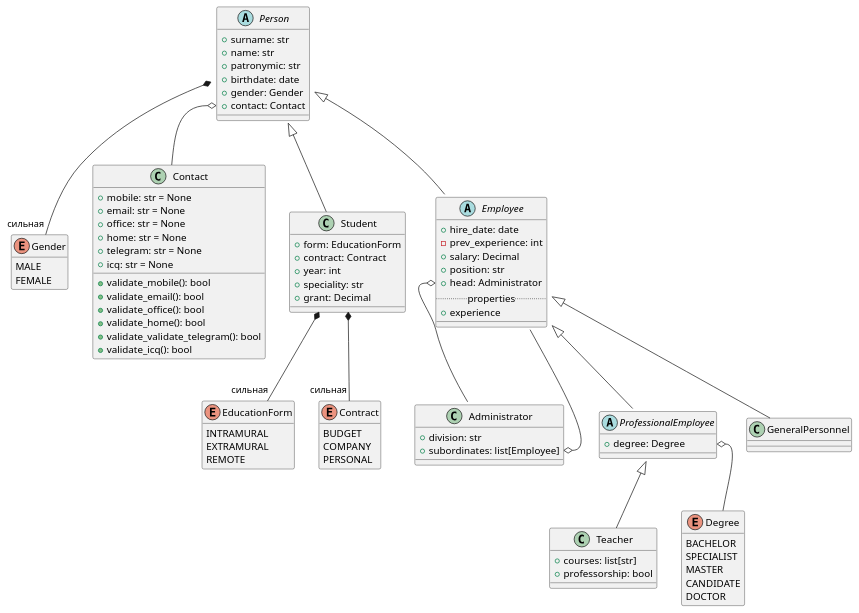
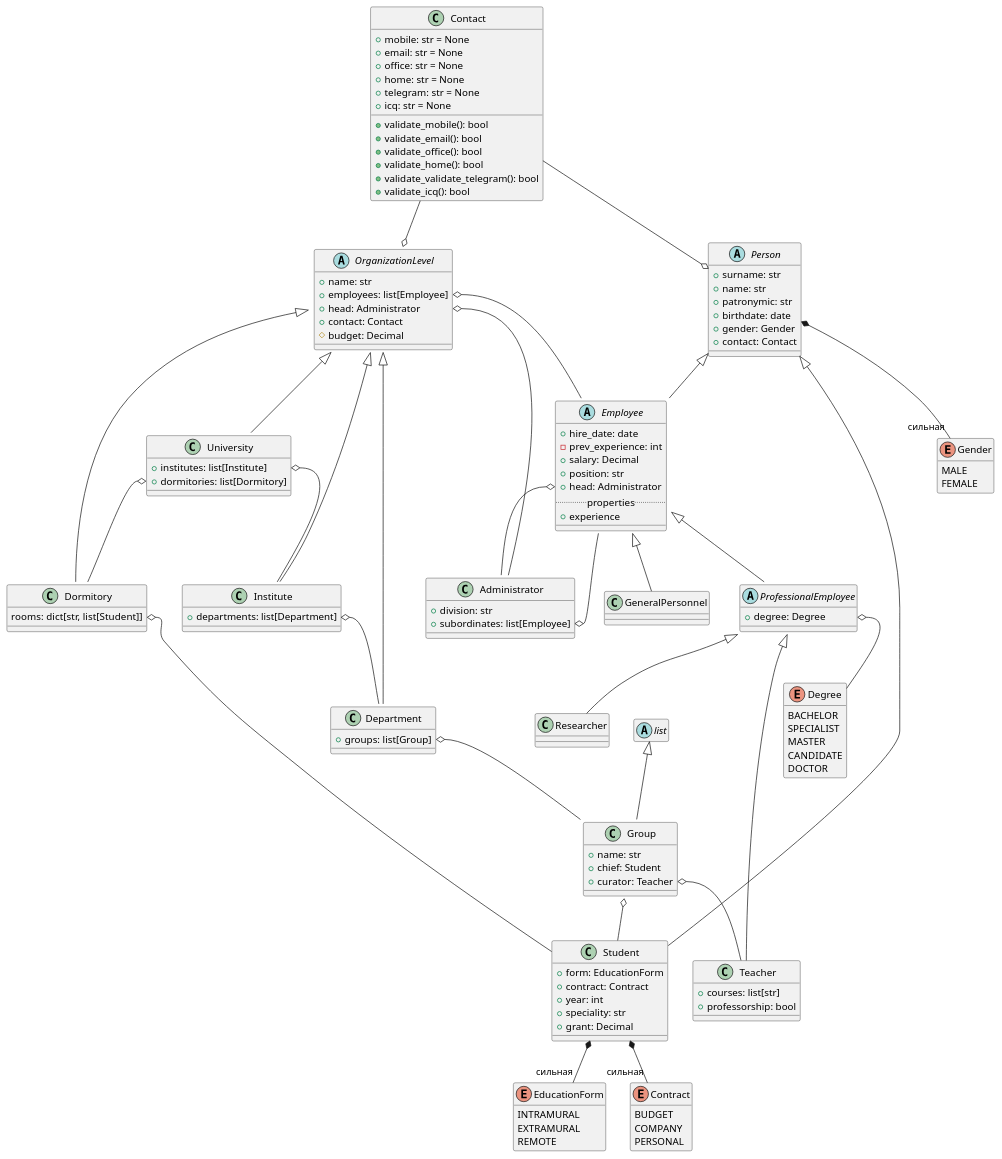
Before and after one commit to TOP-Python224/_scripts: the diagram in oop/university.puml, drawn with PlantUML. The commit also changed 1 other file, not shown here.

Commit message:
university: цепочка наследования OrganizationLevel
классы: OrganizationLevel, University, Institute, Dormitory, Dormitory, list, Group

```diff
--- a/oop/university.puml
+++ b/oop/university.puml
@@ -1,107 +1,167 @@
 @startuml
 
 hide enum empty members
 
 enum Gender {
     MALE
     FEMALE
 }
 enum EducationForm {
     INTRAMURAL
     EXTRAMURAL
     REMOTE
 }
 enum Contract {
     BUDGET
     COMPANY
     PERSONAL
 }
 enum Degree {
     BACHELOR
     SPECIALIST
     MASTER
     CANDIDATE
     DOCTOR
 }
 
 
 class Contact {
     +mobile: str = None
     +email: str = None
     +office: str = None
     +home: str = None
     +telegram: str = None
     +icq: str = None
     +validate_mobile(): bool
     +validate_email(): bool
     +validate_office(): bool
     +validate_home(): bool
     +validate_validate_telegram(): bool
     +validate_icq(): bool
 }
+Contact --o Person
+Contact --o OrganizationLevel
+
+
+abstract class OrganizationLevel {
+    +name: str
+    +employees: list[Employee]
+    +head: Administrator
+    +contact: Contact
+    #budget: Decimal
+}
+OrganizationLevel <|-- University
+OrganizationLevel <|-- Institute
+OrganizationLevel <|-- Dormitory
+OrganizationLevel <|-- Department
+OrganizationLevel::head o-- Administrator
+OrganizationLevel::employees o-- Employee
+
+
+class University {
+    +institutes: list[Institute]
+    +dormitories: list[Dormitory]
+}
+University::institutes o-- Institute
+University::dormitories o-- Dormitory
+
+
+class Institute {
+    +departments: list[Department]
+}
+Institute::departments o-- Department
+
+
+class Dormitory {
+    rooms: dict[str, list[Student]]
+}
+Dormitory::rooms o-- Student
+
+
+class Department {
+    +groups: list[Group]
+}
+Department::groups o-- Group
+
+
+abstract class list
+hide list empty members
+list <|-- Group
+
+
+class Group {
+    +name: str
+    +chief: Student
+    +curator: Teacher
+}
+Group o-- Student
+Group::curator o-- Teacher
 
 
 class Student {
     +form: EducationForm
     +contract: Contract
     +year: int
     +speciality: str
     +grant: Decimal
 }
 Student *-- "сильная" EducationForm
 Student *-- "сильная" Contract
 
 
 class Teacher {
     +courses: list[str]
     +professorship: bool
 }
 
 
+class Researcher
+
+
 abstract class ProfessionalEmployee {
     +degree: Degree
 }
 ProfessionalEmployee <|-- Teacher
+ProfessionalEmployee <|-- Researcher
 ProfessionalEmployee::degree o-- Degree
 
 
 class Administrator {
     +division: str
     +subordinates: list[Employee]
 }
 Administrator::subordinates o-- Employee
 
 
 class GeneralPersonnel
 
 
 abstract class Employee {
     +hire_date: date
     -prev_experience: int
     +salary: Decimal
     +position: str
     +head: Administrator
     .. properties ..
     +experience
     __
 }
 Employee <|-- GeneralPersonnel
 Employee <|-- ProfessionalEmployee
 Employee::head o-- Administrator
 
 
 abstract class Person {
     +surname: str
     +name: str
     +patronymic: str
     +birthdate: date
     +gender: Gender
     +contact: Contact
 }
 Person <|-- Student
 Person <|-- Employee
 Person *-- "сильная" Gender
-Person::contact o-- Contact
 
 
 @enduml
```
